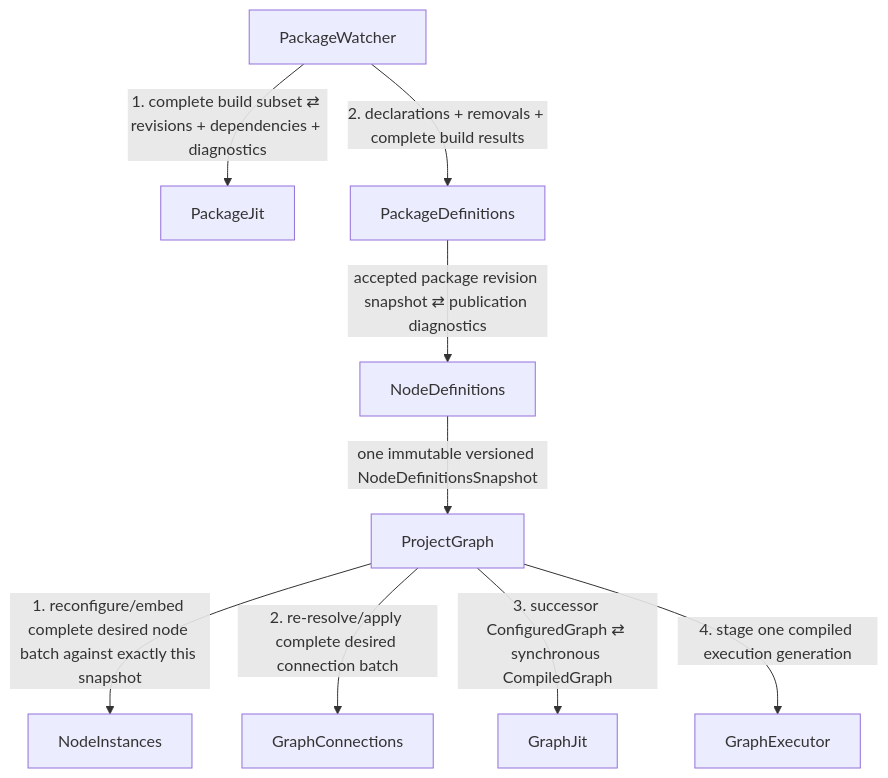
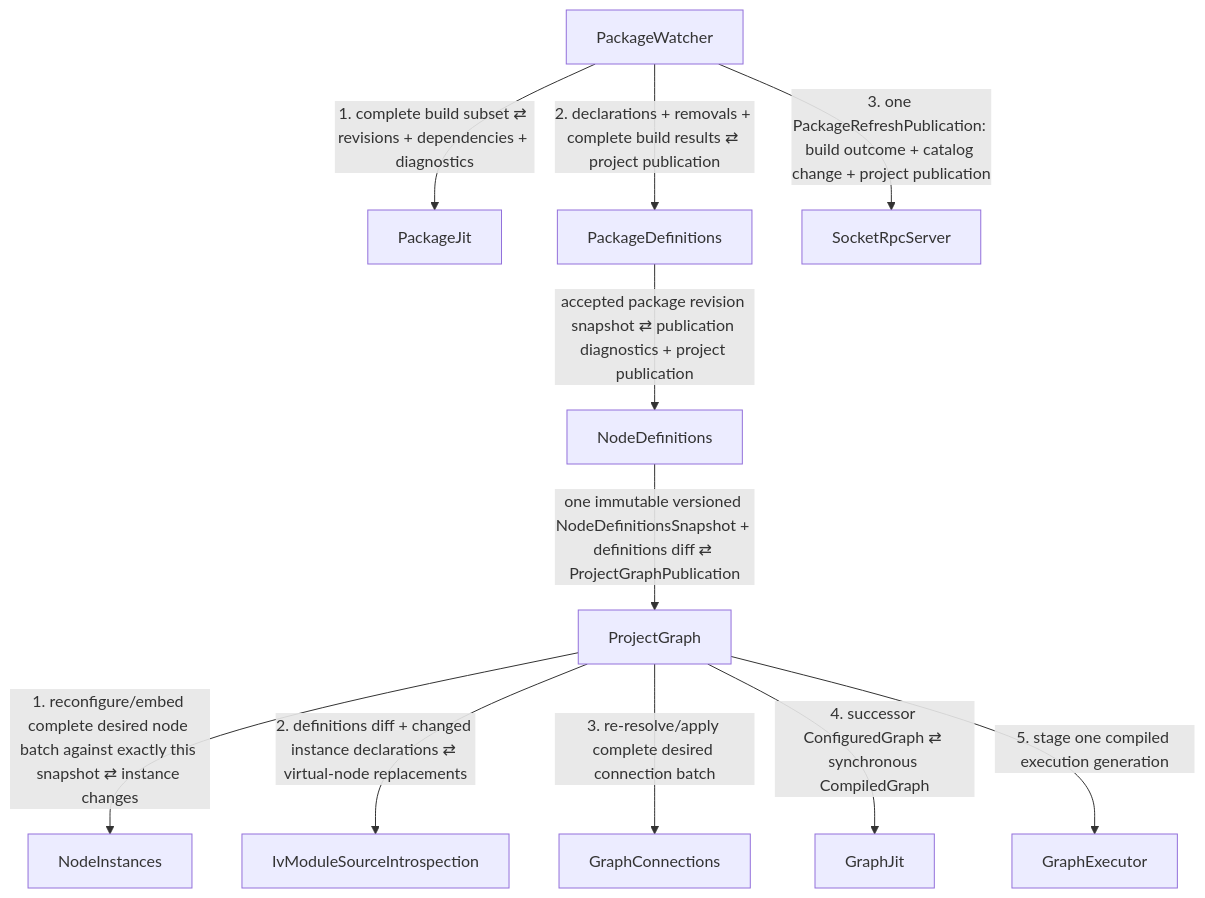
One commit to ljleb/intravenous changed the first of 4 diagrams in docs/event_flows/package_refresh.md. Above: the diagram before and after it, drawn with Mermaid. The commit also changed other lines of this file and 72 other files, not shown here.

Commit message:
refact app module graph for tree event propagation

````diff
--- a/docs/event_flows/package_refresh.md
+++ b/docs/event_flows/package_refresh.md
@@ -13,22 +13,26 @@
 ```mermaid
 flowchart TD
     PW["PackageWatcher"]
     PJ["PackageJit"]
     PD["PackageDefinitions"]
     ND["NodeDefinitions"]
     PG["ProjectGraph"]
     NI["NodeInstances"]
     GC["GraphConnections"]
+    IMSI["IvModuleSourceIntrospection"]
     GJ["GraphJit"]
     GE["GraphExecutor"]
+    RPC["SocketRpcServer"]
 
     PW -->|"1. complete build subset ⇄ revisions + dependencies + diagnostics"| PJ
-    PW -->|"2. declarations + removals + complete build results"| PD
-    PD -->|"accepted package revision snapshot ⇄ publication diagnostics"| ND
-    ND -->|"one immutable versioned NodeDefinitionsSnapshot"| PG
+    PW -->|"2. declarations + removals + complete build results ⇄ project publication"| PD
+    PD -->|"accepted package revision snapshot ⇄ publication diagnostics + project publication"| ND
+    ND -->|"one immutable versioned NodeDefinitionsSnapshot + definitions diff ⇄ ProjectGraphPublication"| PG
 
-    PG -->|"1. reconfigure/embed complete desired node batch against exactly this snapshot"| NI
-    PG -->|"2. re-resolve/apply complete desired connection batch"| GC
-    PG -->|"3. successor ConfiguredGraph ⇄ synchronous CompiledGraph"| GJ
-    PG -->|"4. stage one compiled execution generation"| GE
+    PG -->|"1. reconfigure/embed complete desired node batch against exactly this snapshot ⇄ instance changes"| NI
+    PG -->|"2. definitions diff + changed instance declarations ⇄ virtual-node replacements"| IMSI
+    PG -->|"3. re-resolve/apply complete desired connection batch"| GC
+    PG -->|"4. successor ConfiguredGraph ⇄ synchronous CompiledGraph"| GJ
+    PG -->|"5. stage one compiled execution generation"| GE
+    PW -->|"3. one PackageRefreshPublication: build outcome + catalog change + project publication"| RPC
 ```
````
